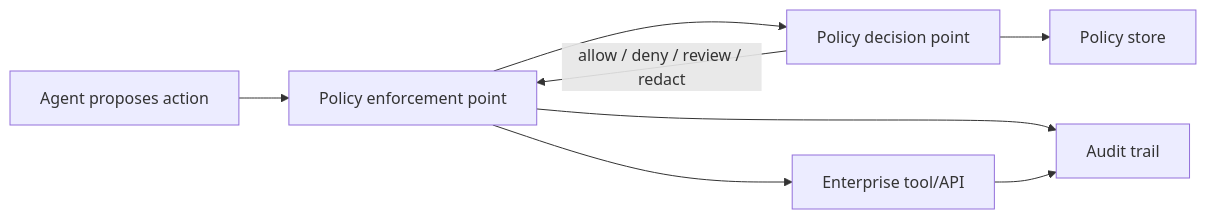
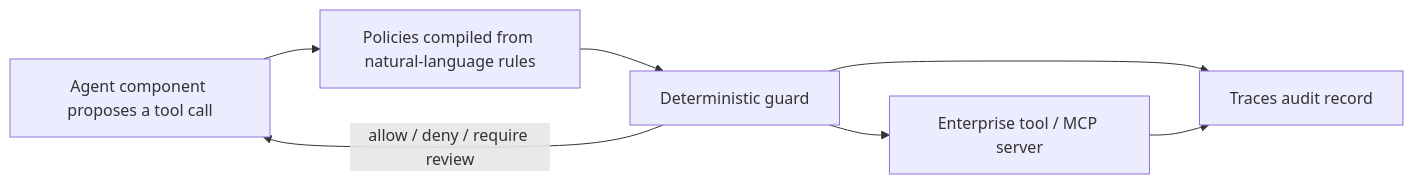
The fourth of 13 diagrams in book/chapters/chapter-06-enterprise-adoption-of-agentic-ai.md (naren-allam/agents-beginners), drawn with Mermaid before and after one commit. The commit also changed other lines of this file and 28 other files, not shown here.

````diff
--- a/book/chapters/chapter-06-enterprise-adoption-of-agentic-ai.md
+++ b/book/chapters/chapter-06-enterprise-adoption-of-agentic-ai.md
@@ -85,17 +89,15 @@
 ```mermaid
 flowchart LR
-    Agent["Agent proposes action"]
-    PEP["Policy enforcement point"]
-    PDP["Policy decision point"]
-    Policy["Policy store"]
-    Tool["Enterprise tool/API"]
-    Audit["Audit trail"]
+    Agent["Agent component proposes a tool call"]
+    Policy["Policies compiled from natural-language rules"]
+    Decision["Deterministic guard"]
+    Tool["Enterprise tool / MCP server"]
+    Traces["Traces audit record"]
 
-    Agent --> PEP
-    PEP --> PDP
-    PDP --> Policy
-    PDP -->|"allow / deny / review / redact"| PEP
-    PEP --> Tool
-    PEP --> Audit
-    Tool --> Audit
+    Agent --> Policy
+    Policy --> Decision
+    Decision -->|"allow / deny / require review"| Agent
+    Decision --> Tool
+    Decision --> Traces
+    Tool --> Traces
 ```
````
